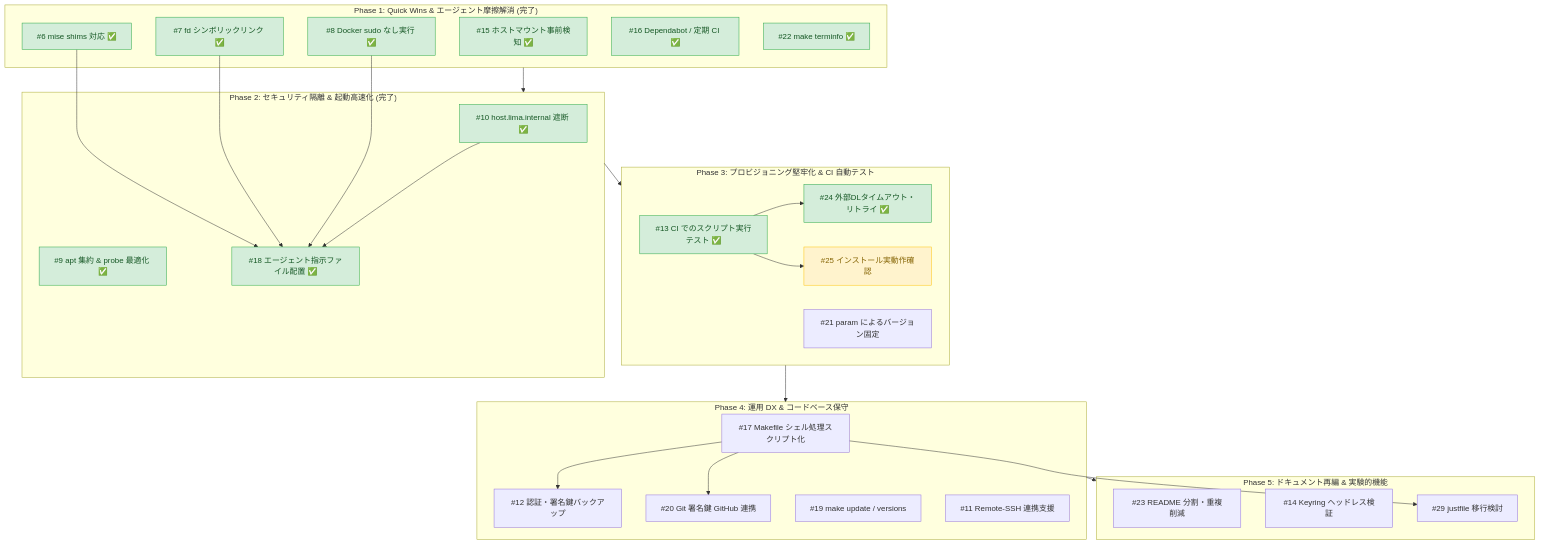
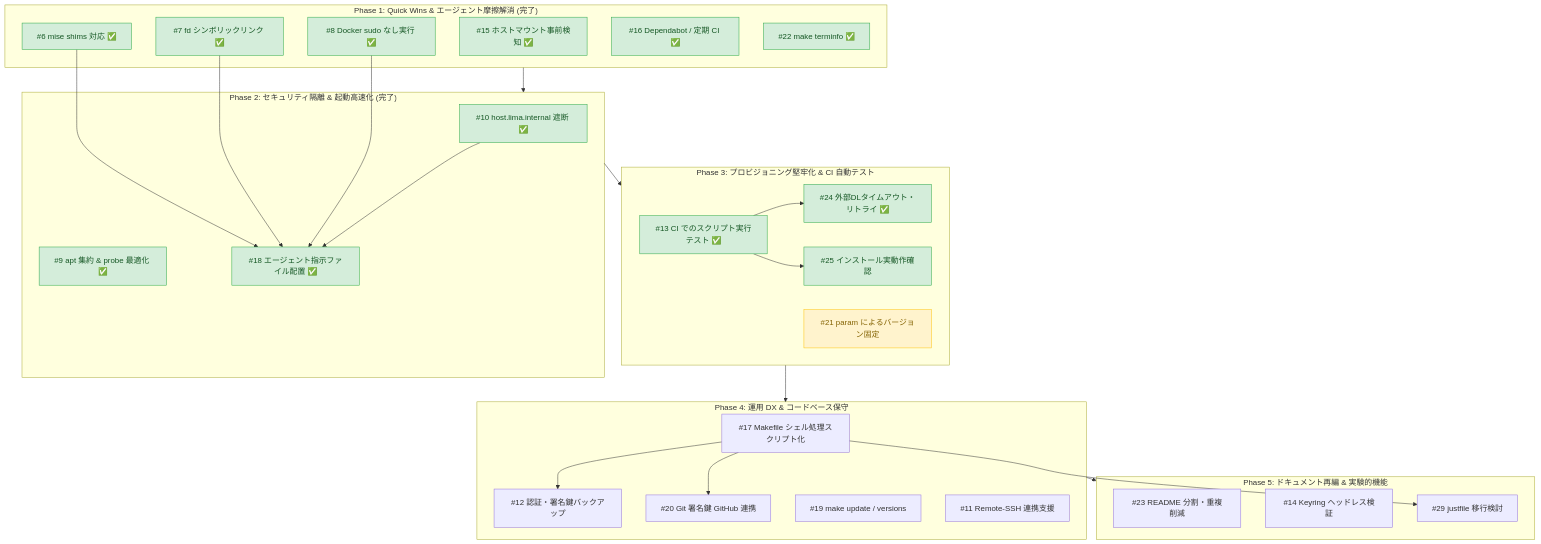
The diagram in docs/issue-prioritization.md (ikuy1203/lima-coding-sandbox), drawn with Mermaid before and after one commit. The commit also changed other lines of this file and 11 other files, not shown here.

````diff
--- a/docs/issue-prioritization.md
+++ b/docs/issue-prioritization.md
@@ -88,57 +93,57 @@
 ```mermaid
 flowchart TD
     subgraph Phase1["Phase 1: Quick Wins & エージェント摩擦解消 (完了)"]
         I15["#15 ホストマウント事前検知 ✅"]
         I7["#7 fd シンボリックリンク ✅"]
         I8["#8 Docker sudo なし実行 ✅"]
         I6["#6 mise shims 対応 ✅"]
         I16["#16 Dependabot / 定期 CI ✅"]
         I22["#22 make terminfo ✅"]
     end
 
     subgraph Phase2["Phase 2: セキュリティ隔離 & 起動高速化 (完了)"]
         I10["#10 host.lima.internal 遮断 ✅"]
         I9["#9 apt 集約 & probe 最適化 ✅"]
         I18["#18 エージェント指示ファイル配置 ✅"]
     end
 
     subgraph Phase3["Phase 3: プロビジョニング堅牢化 & CI 自動テスト"]
         I13["#13 CI でのスクリプト実行テスト ✅"]
         I24["#24 外部DLタイムアウト・リトライ ✅"]
         I25["#25 インストール実動作確認"]
         I21["#21 param によるバージョン固定"]
     end
 
     subgraph Phase4["Phase 4: 運用 DX & コードベース保守"]
         I17["#17 Makefile シェル処理スクリプト化"]
         I12["#12 認証・署名鍵バックアップ"]
         I20["#20 Git 署名鍵 GitHub 連携"]
         I19["#19 make update / versions"]
         I11["#11 Remote-SSH 連携支援"]
     end
 
     subgraph Phase5["Phase 5: ドキュメント再編 & 実験的機能"]
         I23["#23 README 分割・重複削減"]
         I14["#14 Keyring ヘッドレス検証"]
         I29["#29 justfile 移行検討"]
     end
 
     Phase1 --> Phase2
     Phase2 --> Phase3
     Phase3 --> Phase4
     Phase4 --> Phase5
     I6 --> I18
     I7 --> I18
     I8 --> I18
     I10 --> I18
     I13 --> I24
     I13 --> I25
     I17 --> I12
     I17 --> I20
     I17 --> I29
 
     classDef done fill:#d4edda,stroke:#28a745,color:#155724
     classDef next fill:#fff3cd,stroke:#ffc107,color:#856404
-    class I15,I7,I8,I6,I16,I22,I10,I9,I18,I13,I24 done
-    class I25 next
+    class I15,I7,I8,I6,I16,I22,I10,I9,I18,I13,I24,I25 done
+    class I21 next
 ```
````
